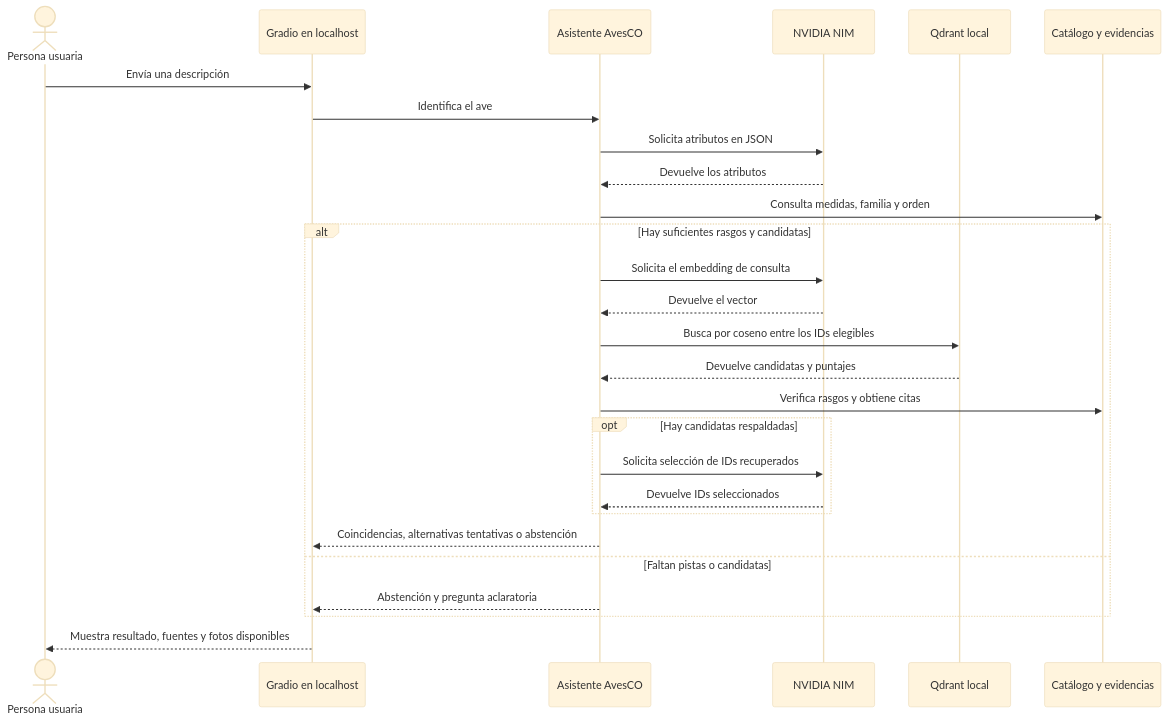
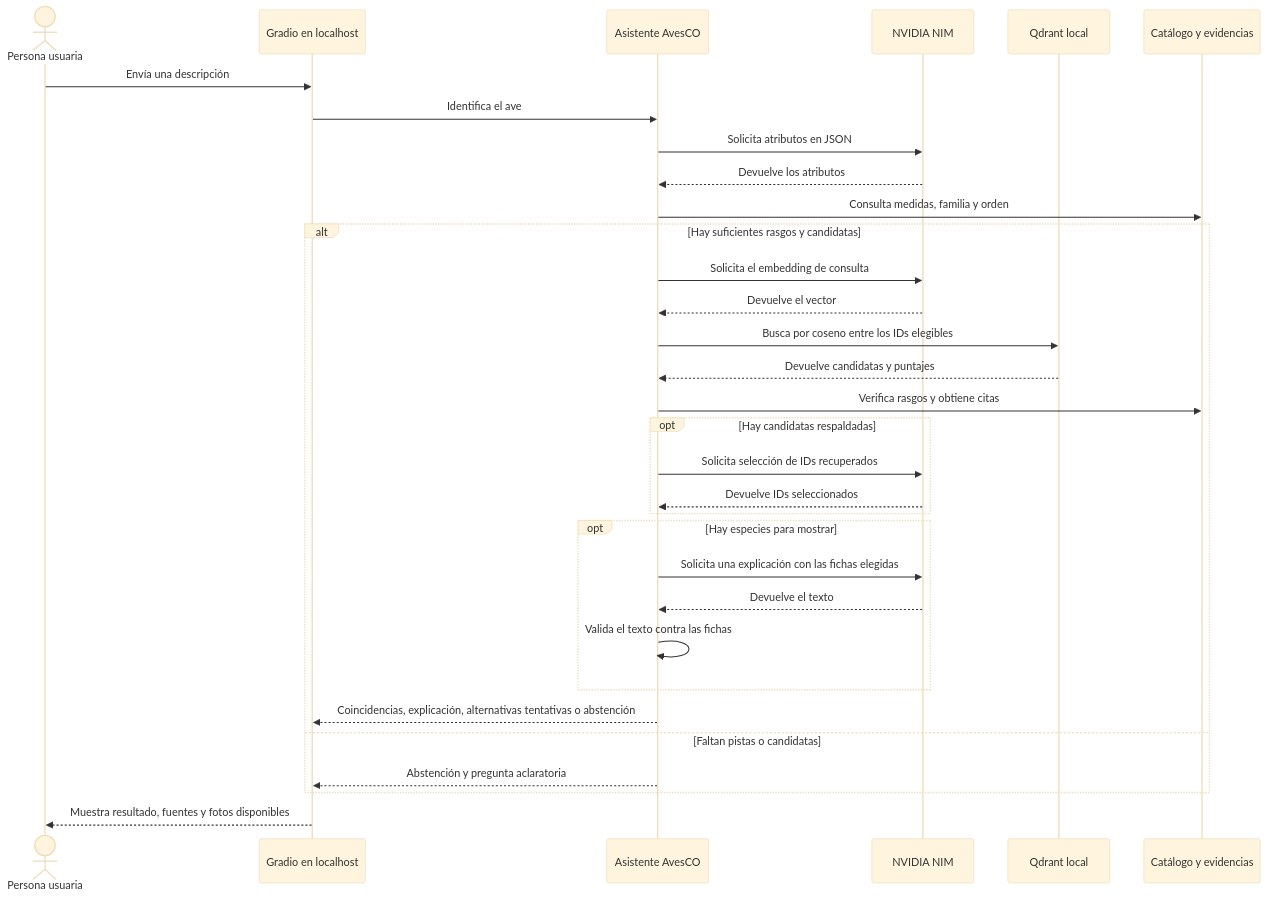
One commit to JulianJ07/RAG_Detector_Ave changed the second of 2 diagrams in README.md. Above: the diagram before and after it, drawn with Mermaid (base theme). The commit also changed other lines of this file and 19 other files, not shown here.

````diff
--- a/README.md
+++ b/README.md
@@ -75,29 +74,34 @@
 ```mermaid
 sequenceDiagram
     actor U as Persona usuaria
     participant W as Gradio en localhost
     participant A as Asistente AvesCO
     participant M as NVIDIA NIM
     participant Q as Qdrant local
     participant C as Catálogo y evidencias
     U->>W: Envía una descripción
     W->>A: Identifica el ave
     A->>M: Solicita atributos en JSON
     M-->>A: Devuelve los atributos
     A->>C: Consulta medidas, familia y orden
     alt Hay suficientes rasgos y candidatas
         A->>M: Solicita el embedding de consulta
         M-->>A: Devuelve el vector
         A->>Q: Busca por coseno entre los IDs elegibles
         Q-->>A: Devuelve candidatas y puntajes
         A->>C: Verifica rasgos y obtiene citas
         opt Hay candidatas respaldadas
             A->>M: Solicita selección de IDs recuperados
             M-->>A: Devuelve IDs seleccionados
         end
-        A-->>W: Coincidencias, alternativas tentativas o abstención
+        opt Hay especies para mostrar
+            A->>M: Solicita una explicación con las fichas elegidas
+            M-->>A: Devuelve el texto
+            A->>A: Valida el texto contra las fichas
+        end
+        A-->>W: Coincidencias, explicación, alternativas tentativas o abstención
     else Faltan pistas o candidatas
         A-->>W: Abstención y pregunta aclaratoria
     end
     W-->>U: Muestra resultado, fuentes y fotos disponibles
 ```
````
